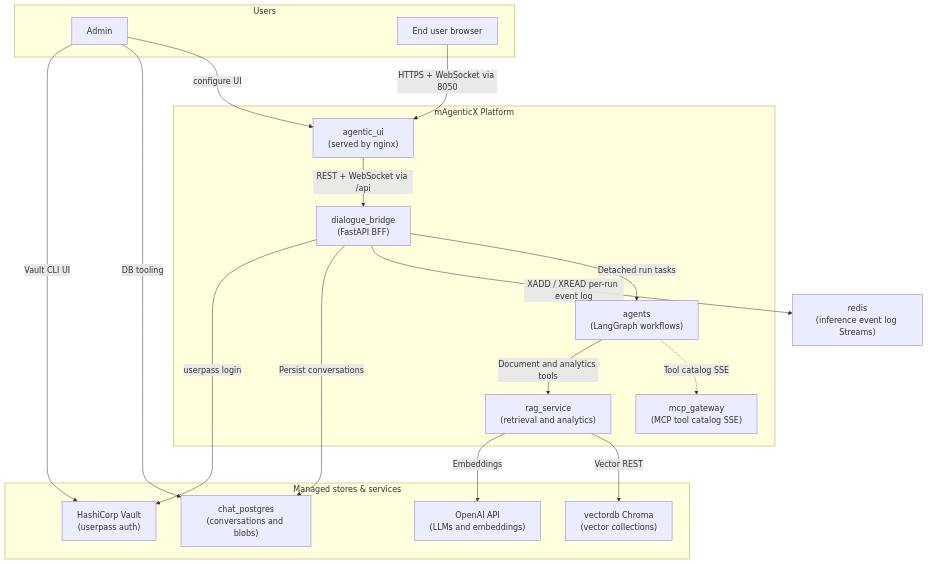
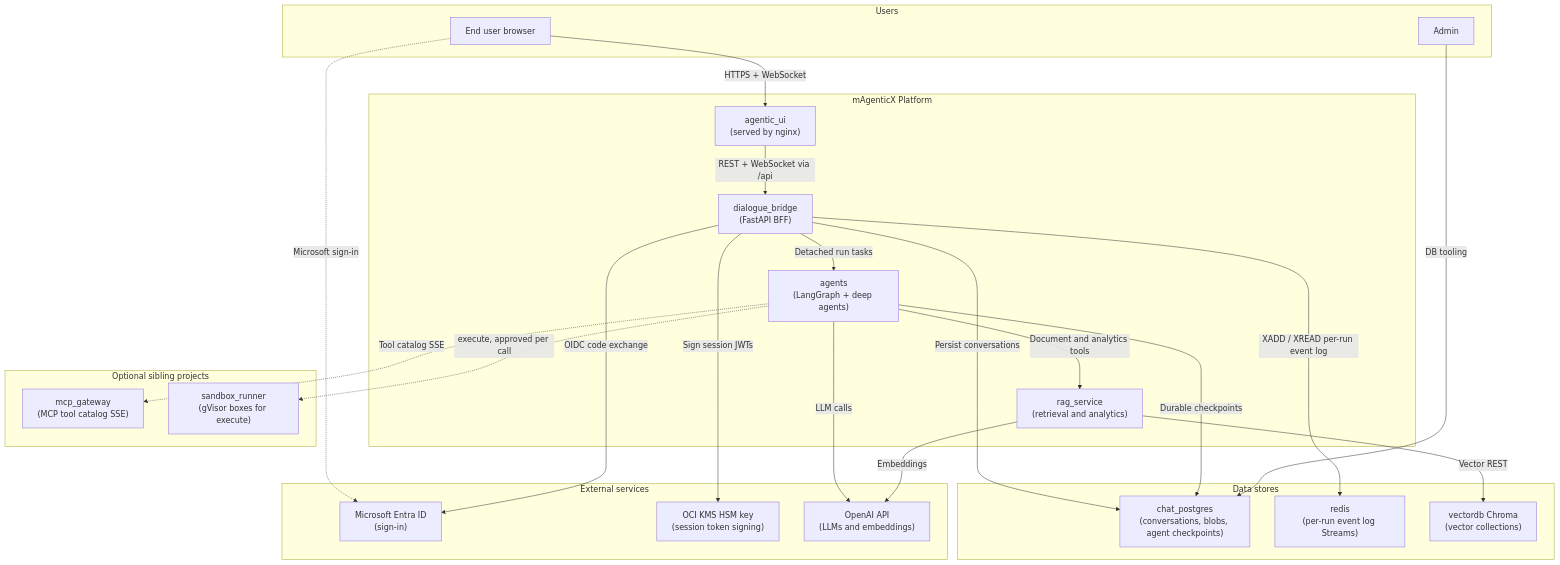
Before and after one commit to konstantinosmpouros/mAgenticX: the first of 10 diagrams in README.md, drawn with Mermaid. The commit also changed other lines of this file and 7 other files, not shown here.

First line of the commit message:
feat(agents): enable sandboxed execute on Dennis through the sandbox runner

````diff
--- a/README.md
+++ b/README.md
@@ -18,36 +22,48 @@
 ```mermaid
 flowchart TB
     subgraph Users["Users"]
         Admin["Admin"]
         Browser["End user browser"]
     end
 
     subgraph Platform["mAgenticX Platform"]
         UI["agentic_ui<br/>(served by nginx)"]
         Bridge["dialogue_bridge<br/>(FastAPI BFF)"]
-        Agents["agents<br/>(LangGraph workflows)"]
-        MCP["mcp_gateway<br/>(MCP tool catalog SSE)"]
+        Agents["agents<br/>(LangGraph + deep agents)"]
         RAG["rag_service<br/>(retrieval and analytics)"]
     end
 
-    subgraph Stores["Managed stores & services"]
-        PG["chat_postgres<br/>(conversations and blobs)"]
-        Vault["HashiCorp Vault<br/>(userpass auth)"]
+    subgraph Stores["Data stores"]
+        PG["chat_postgres<br/>(conversations, blobs, agent checkpoints)"]
+        Redis["redis<br/>(per-run event log Streams)"]
         Chroma["vectordb Chroma<br/>(vector collections)"]
+    end
+
+    subgraph Siblings["Optional sibling projects"]
+        MCP["mcp_gateway<br/>(MCP tool catalog SSE)"]
+        Sandbox["sandbox_runner<br/>(gVisor boxes for execute)"]
+    end
+
+    subgraph External["External services"]
+        Entra["Microsoft Entra ID<br/>(sign-in)"]
+        KMS["OCI KMS HSM key<br/>(session token signing)"]
         OpenAI["OpenAI API<br/>(LLMs and embeddings)"]
     end
 
-    Admin -->|"configure UI"| UI
-    Browser -->|"HTTPS + WebSocket via 8050"| UI
+    Browser -->|"HTTPS + WebSocket"| UI
+    Browser -.->|"Microsoft sign-in"| Entra
     UI -->|"REST + WebSocket via /api"| Bridge
+    Bridge -->|"OIDC code exchange"| Entra
+    Bridge -->|"Sign session JWTs"| KMS
     Bridge -->|"Detached run tasks"| Agents
-    Bridge -->|"XADD / XREAD per-run event log"| Redis["redis<br/>(inference event log Streams)"]
+    Bridge -->|"XADD / XREAD per-run event log"| Redis
+    Bridge -->|"Persist conversations"| PG
+    Agents -->|"Durable checkpoints"| PG
+    Agents -->|"Document and analytics tools"| RAG
+    Agents -->|"LLM calls"| OpenAI
     Agents -.->|"Tool catalog SSE"| MCP
-    Bridge -->|"Persist conversations"| PG
-    Bridge -->|"userpass login"| Vault
-    Agents -->|"Document and analytics tools"| RAG
+    Agents -.->|"execute, approved per call"| Sandbox
     RAG -->|"Vector REST"| Chroma
     RAG -->|"Embeddings"| OpenAI
     Admin -->|"DB tooling"| PG
-    Admin -->|"Vault CLI UI"| Vault
 ```
````
